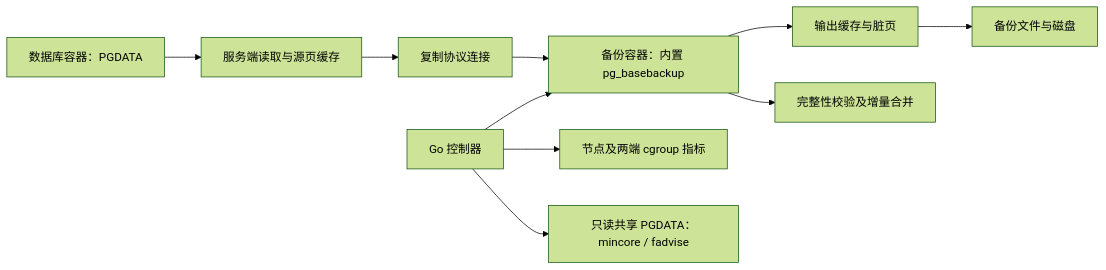
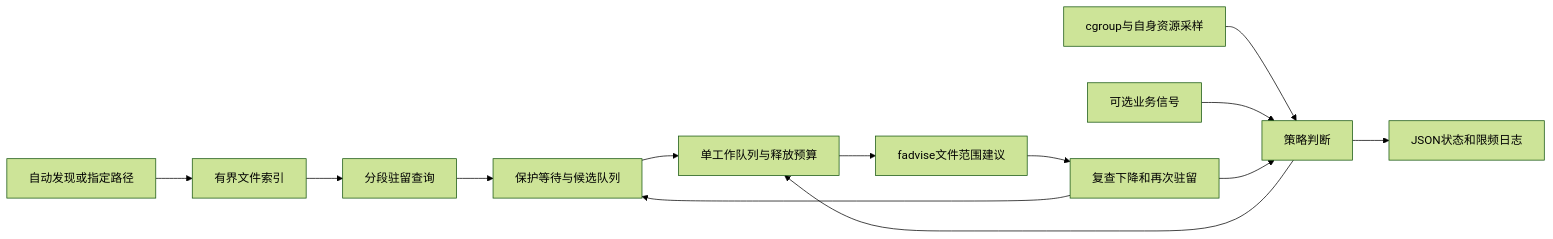
One commit to cuipengdba/ContainerCacheGuard changed the diagram in docs/DESIGN.zh.md. Above: the diagram before and after it, drawn with Mermaid (forest theme). The commit also changed other lines of this file and 62 other files, not shown here.

````diff
--- a/docs/DESIGN.zh.md
+++ b/docs/DESIGN.zh.md
@@ -11,12 +13,15 @@
 ```mermaid
 flowchart LR
-    A[数据库容器：PGDATA] --> B[服务端读取与源页缓存]
-    B --> C[复制协议连接]
-    C --> D[备份容器：内置 pg_basebackup]
-    D --> E[输出缓存与脏页]
-    E --> F[备份文件与磁盘]
-    G[Go 控制器] --> D
-    G --> H[节点及两端 cgroup 指标]
-    G --> I[只读共享 PGDATA：mincore / fadvise]
-    D --> J[完整性校验及增量合并]
+  A[自动发现或指定路径] --> B[有界文件索引]
+  B --> C[分段驻留查询]
+  C --> D[保护等待与候选队列]
+  M[cgroup与自身资源采样] --> P[策略判断]
+  S[可选业务信号] --> P
+  P --> E[单工作队列与释放预算]
+  D --> E
+  E --> F[fadvise文件范围建议]
+  F --> G[复查下降和再次驻留]
+  G --> P
+  G --> D
+  P --> O[JSON状态和限频日志]
 ```
````
